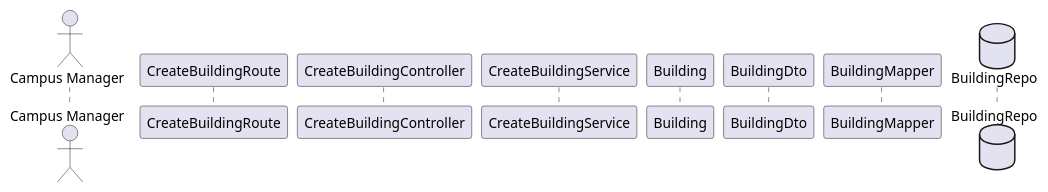
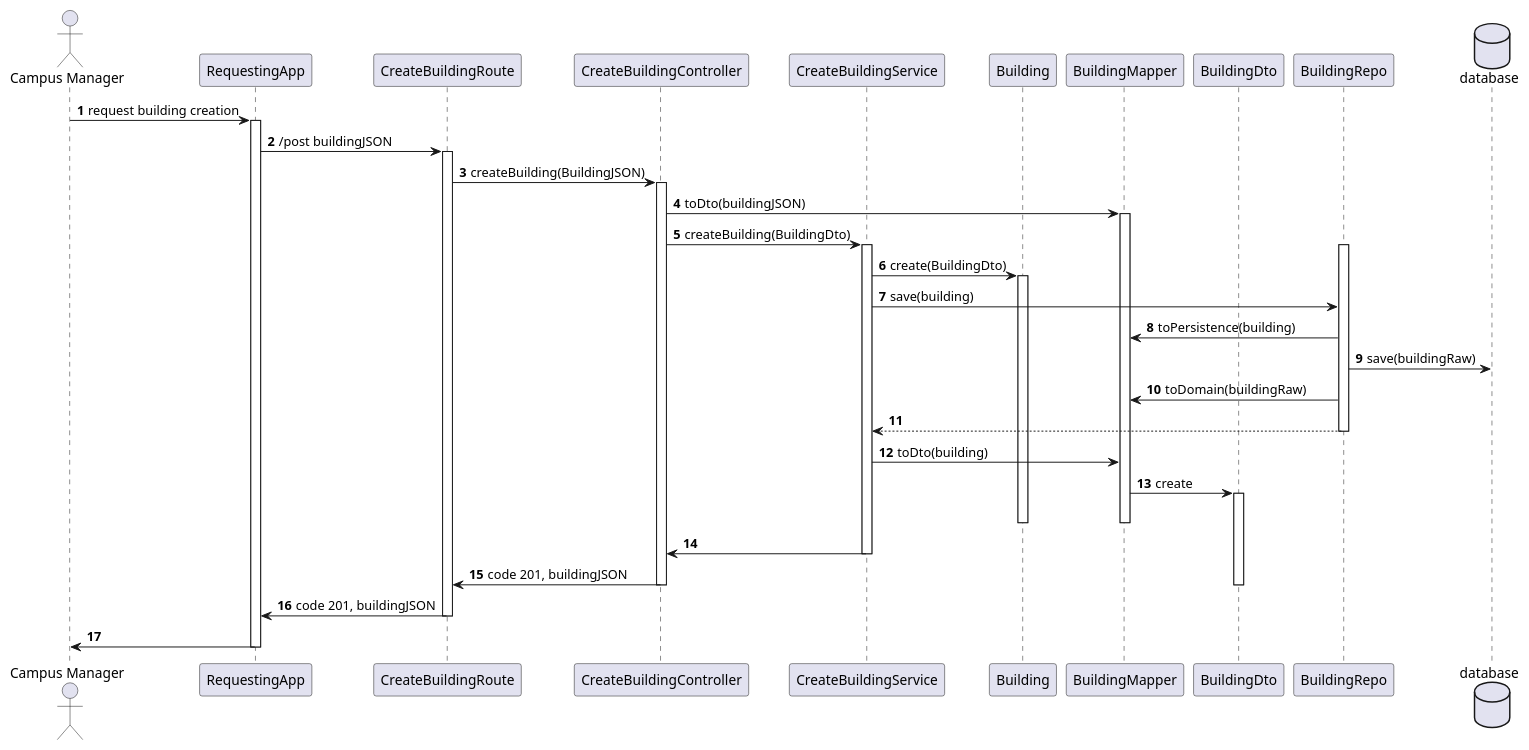
Before and after one commit to Pedro-Pereira1/sem5pi_23_24_g056: the diagram in docs/US_150/Diagrams/SequenceDiagram.puml, drawn with PlantUML. The commit also changed 2 other files, not shown here.

Commit message:
Added sequence diagram of US 150

```diff
--- a/docs/US_150/Diagrams/SequenceDiagram.puml
+++ b/docs/US_150/Diagrams/SequenceDiagram.puml
@@ -1,17 +1,74 @@
 @startuml sequenceDiagram
 'https://plantuml.com/sequence-diagram
 
 autonumber
 actor "Campus Manager" as CM
 
+participant RequestingApp
 participant CreateBuildingRoute
 participant CreateBuildingController
 participant CreateBuildingService
 participant Building
+participant BuildingMapper
 participant BuildingDto
-participant BuildingMapper
-database BuildingRepo
+participant BuildingRepo
+database database
 
 
+CM -> RequestingApp : request building creation
+
+activate RequestingApp
+RequestingApp -> CreateBuildingRoute : /post buildingJSON
+
+activate CreateBuildingRoute
+CreateBuildingRoute -> CreateBuildingController : createBuilding(BuildingJSON)
+
+activate CreateBuildingController
+
+CreateBuildingController -> BuildingMapper : toDto(buildingJSON)
+activate BuildingMapper
+
+CreateBuildingController -> CreateBuildingService : createBuilding(BuildingDto) 
+
+activate CreateBuildingService
+activate BuildingRepo
+
+CreateBuildingService -> Building : create(BuildingDto)
+activate Building
+
+CreateBuildingService -> BuildingRepo : save(building)
+
+BuildingRepo -> BuildingMapper : toPersistence(building)
+
+BuildingRepo -> database : save(buildingRaw)
+
+BuildingRepo -> BuildingMapper : toDomain(buildingRaw)
+
+BuildingRepo --> CreateBuildingService
+deactivate BuildingRepo
+
+CreateBuildingService -> BuildingMapper : toDto(building)
+
+BuildingMapper -> BuildingDto : create
+activate BuildingDto
+
+deactivate Building
+
+deactivate BuildingMapper
+
+CreateBuildingService -> CreateBuildingController
+deactivate CreateBuildingService
+
+
+CreateBuildingController -> CreateBuildingRoute : code 201, buildingJSON
+deactivate CreateBuildingController
+
+deactivate BuildingDto
+
+CreateBuildingRoute -> RequestingApp : code 201, buildingJSON
+deactivate CreateBuildingRoute
+
+RequestingApp -> CM
+deactivate RequestingApp
 
 @enduml
```
